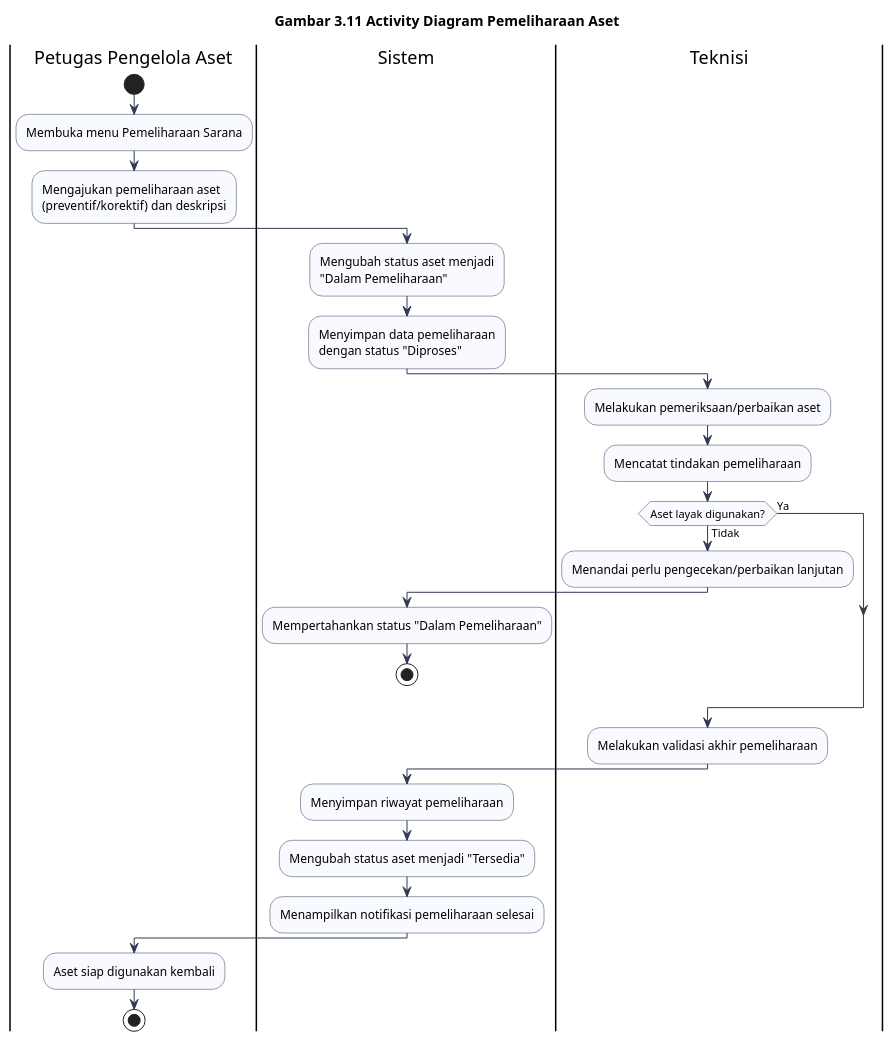
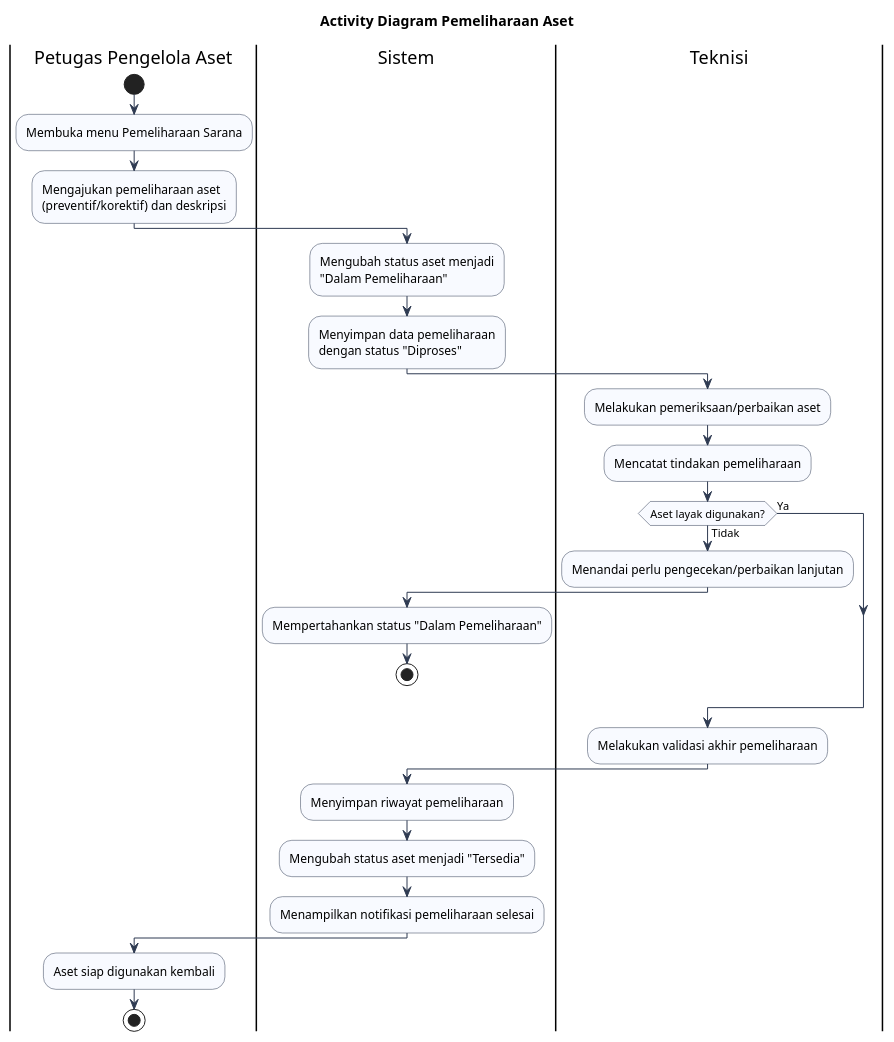
The diagram in docs/activity/3.11-pemeliharaan.puml (Abdlhsnu17/sipena.apps), drawn with PlantUML before and after one commit. The commit also changed 21 other files, not shown here.

Commit message:
docs: ubah judul activity diagram menjadi polos tanpa nomor gambar

```diff
--- a/docs/activity/3.11-pemeliharaan.puml
+++ b/docs/activity/3.11-pemeliharaan.puml
@@ -1,46 +1,46 @@
 @startuml
-title Gambar 3.11 Activity Diagram Pemeliharaan Aset
+title Activity Diagram Pemeliharaan Aset
 skinparam shadowing false
 skinparam activity {
   BackgroundColor #F8FAFF
   BorderColor #2F3B52
   ArrowColor #2F3B52
   DiamondBackgroundColor #F8FAFF
   DiamondBorderColor #2F3B52
 }
 
 |Petugas Pengelola Aset|
 start
 :Membuka menu Pemeliharaan Sarana;
 :Mengajukan pemeliharaan aset
 (preventif/korektif) dan deskripsi;
 
 |Sistem|
 :Mengubah status aset menjadi
 "Dalam Pemeliharaan";
 :Menyimpan data pemeliharaan
 dengan status "Diproses";
 
 |Teknisi|
 :Melakukan pemeriksaan/perbaikan aset;
 :Mencatat tindakan pemeliharaan;
 if (Aset layak digunakan?) then (Tidak)
   :Menandai perlu pengecekan/perbaikan lanjutan;
   |Sistem|
   :Mempertahankan status "Dalam Pemeliharaan";
   stop
 else (Ya)
 endif
 
 |Teknisi|
 :Melakukan validasi akhir pemeliharaan;
 
 |Sistem|
 :Menyimpan riwayat pemeliharaan;
 :Mengubah status aset menjadi "Tersedia";
 :Menampilkan notifikasi pemeliharaan selesai;
 
 |Petugas Pengelola Aset|
 :Aset siap digunakan kembali;
 stop
 @enduml
```
